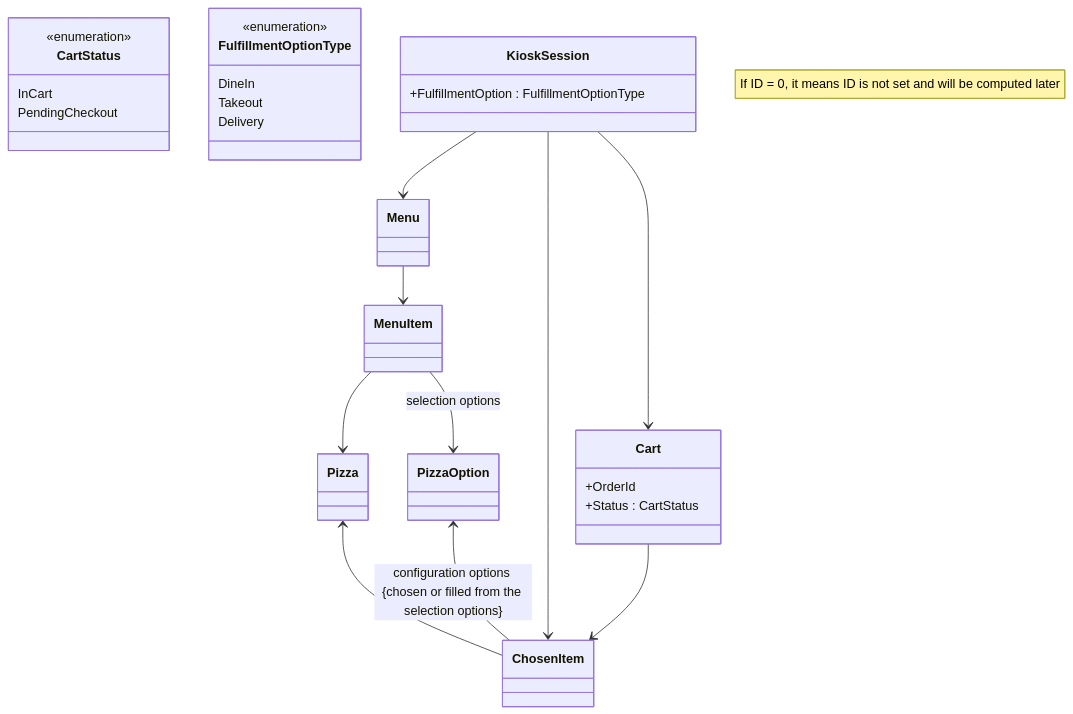
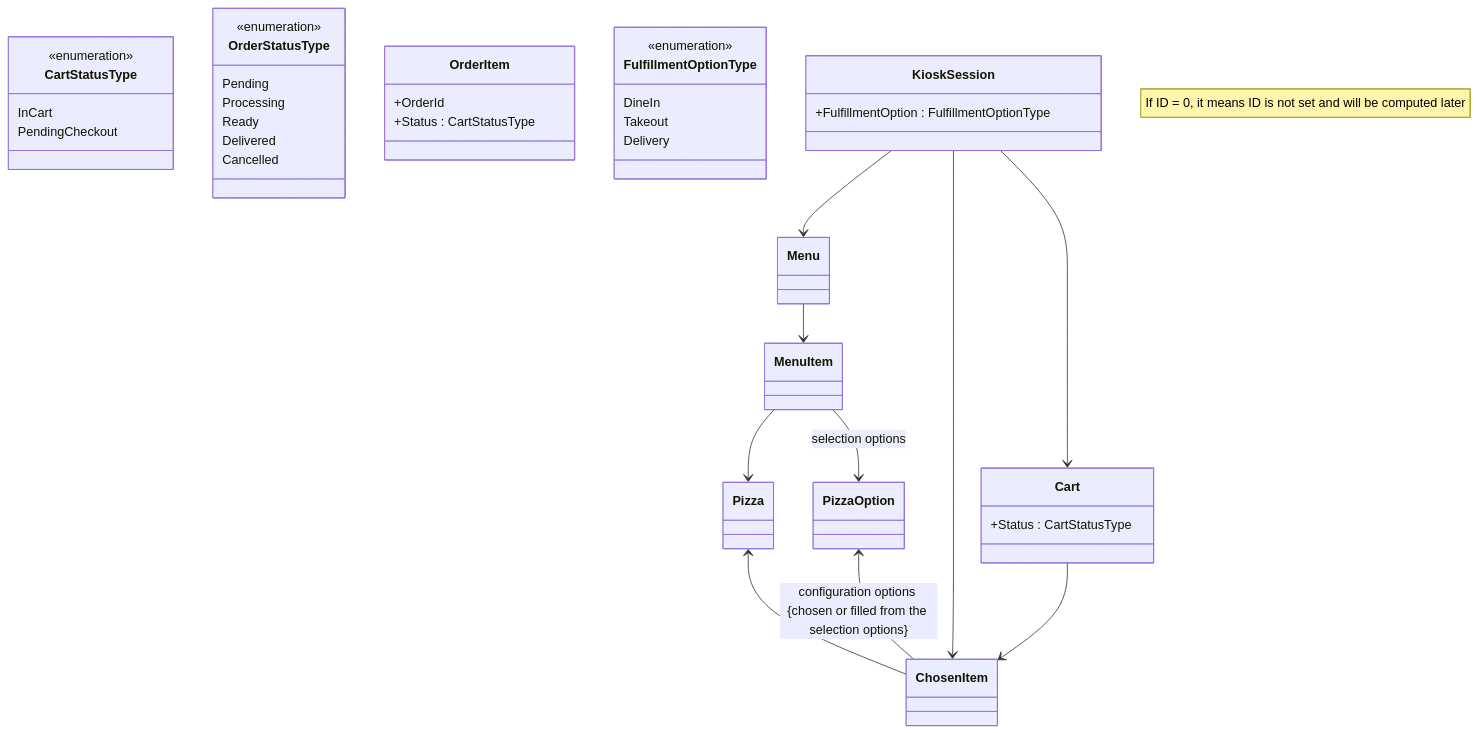
Before and after one commit to ekral/Utb.PizzaKiosk: the diagram in README.md, drawn with Mermaid.

````diff
--- a/README.md
+++ b/README.md
@@ -160,42 +160,55 @@
 ```mermaid
  classDiagram
    note "If ID = 0, it means ID is not set and will be computed later"
    %% direction LR
    class PizzaOption
    class Pizza
    class MenuItem
    class Menu
    class ChosenItem
 
-   class CartStatus{
+   class CartStatusType{
       <<enumeration>>
       InCart
       PendingCheckout
    }
 
    class Cart{
+      +Status : CartStatusType
+   }
+
+   class OrderStatusType{
+      <<enumeration>>
+      Pending
+      Processing
+      Ready
+      Delivered
+      Cancelled
+   }
+
+   class OrderItem{
       +OrderId
-      +Status : CartStatus
+      +Status : CartStatusType
    }
 
    class FulfillmentOptionType{
       <<enumeration>>
       DineIn
       Takeout
       Delivery
    }
 
    class KioskSession{
       +FulfillmentOption : FulfillmentOptionType
    }
 
    MenuItem --> Pizza
    Pizza <-- ChosenItem
    MenuItem --> PizzaOption : selection options
    PizzaOption <-- ChosenItem : configuration options {chosen or filled from the selection options}
    Menu --> MenuItem
    KioskSession --> Menu
    KioskSession  --> ChosenItem
    KioskSession  --> Cart
    Cart --> ChosenItem
 ```
````
